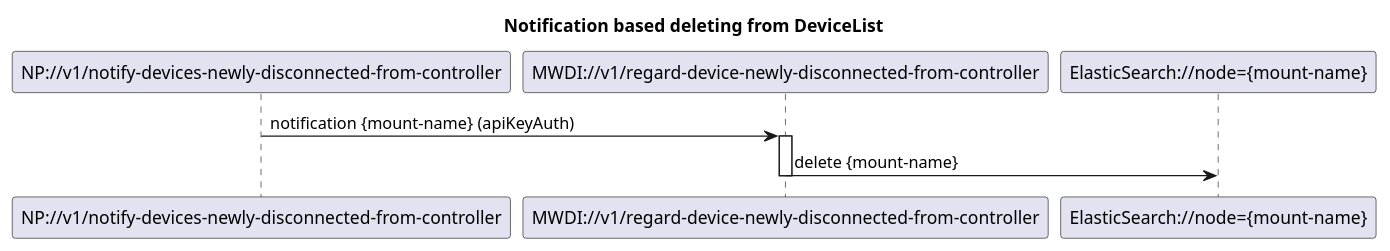
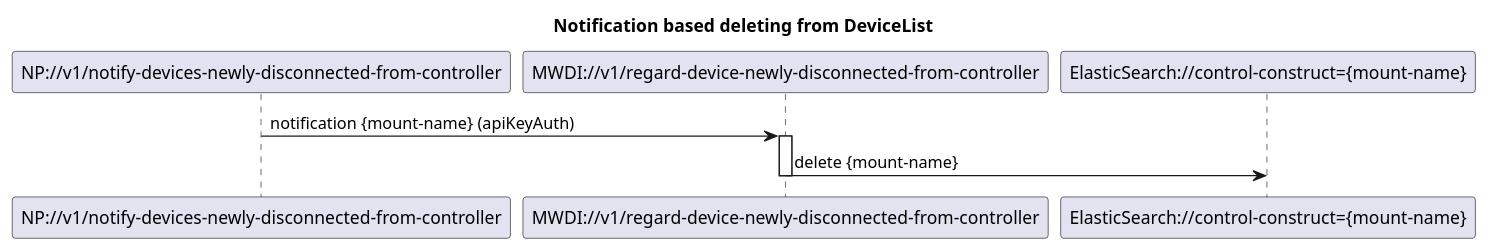
Before and after one commit to openBackhaul/MicroWaveDeviceInventory: the diagram in spec/diagrams/021_NotificationBasedDeviceListSyncDelete.plantuml, drawn with PlantUML. The commit also changed 4 other files, not shown here.

Commit message:
updated notification diagrams

```diff
--- a/spec/diagrams/021_NotificationBasedDeviceListSyncDelete.plantuml
+++ b/spec/diagrams/021_NotificationBasedDeviceListSyncDelete.plantuml
@@ -1,16 +1,16 @@
 @startuml 021_NotificationBasedDeviceListSyncDelete
 skinparam responseMessageBelowArrow true
 
 title  Notification based deleting from DeviceList
 
 participant "NP://v1/notify-devices-newly-disconnected-from-controller" as subscription
 participant "MWDI://v1/regard-device-newly-disconnected-from-controller" as regardNewDevice
-participant "ElasticSearch://node={mount-name}" as es
+participant "ElasticSearch://control-construct={mount-name}" as es
 
 subscription -> regardNewDevice: notification {mount-name} (apiKeyAuth)
 activate regardNewDevice
 
 regardNewDevice -> es: delete {mount-name}
 deactivate regardNewDevice
 
 @enduml
```
